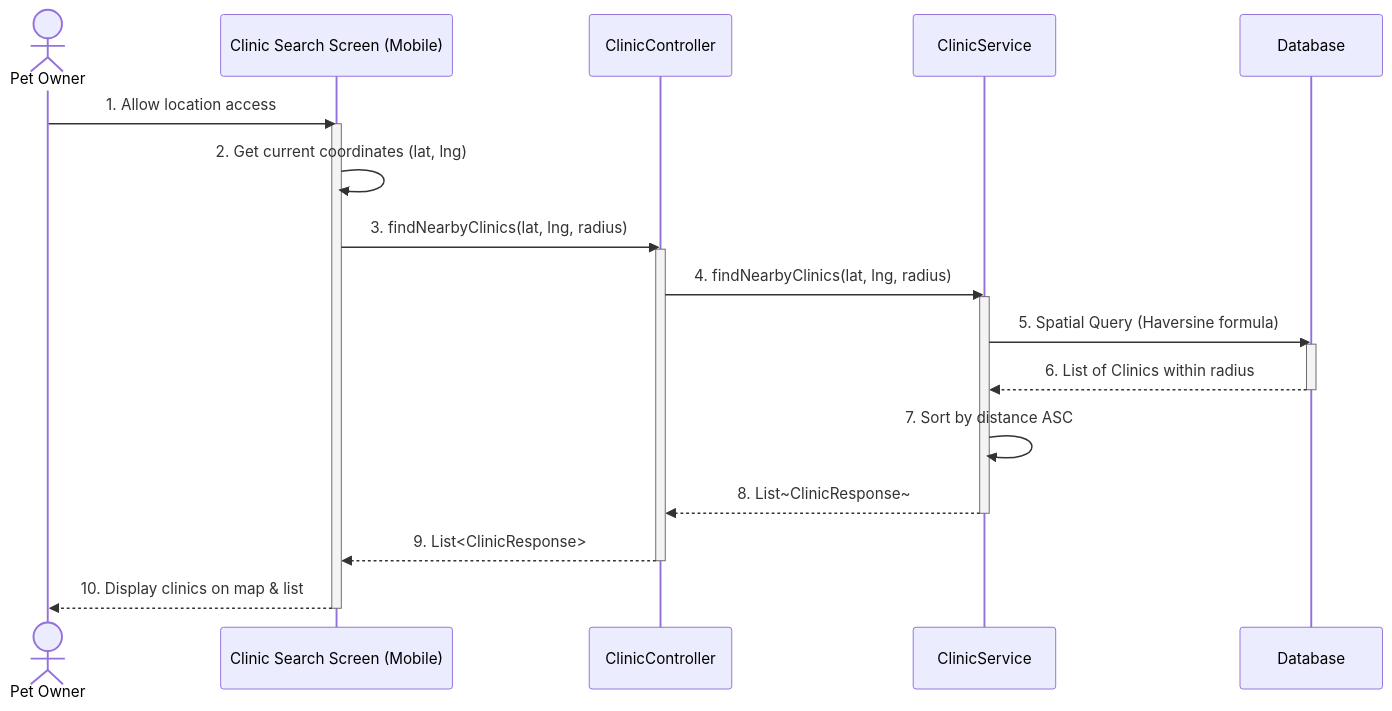
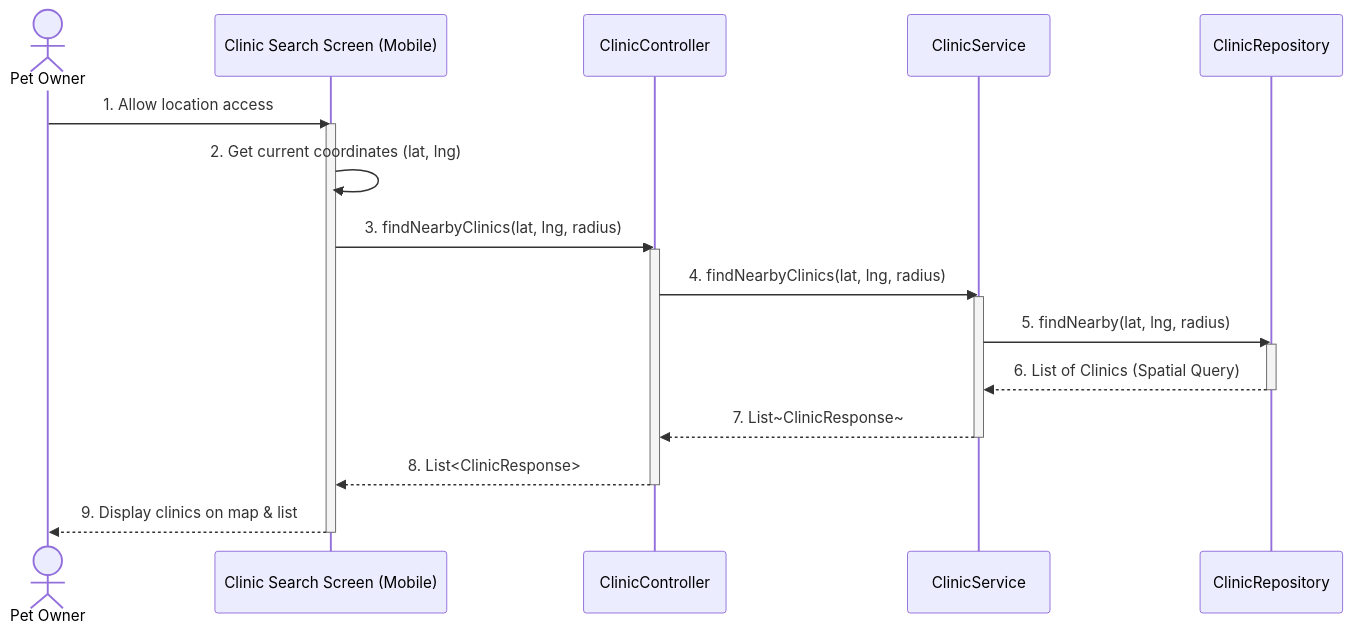
One commit to espresso23/Petties-Veterinary-Appointment-Booking-Platform changed diagram 23 of 40 in docs-references/documentation/SDD/REPORT_4_SDD_SYSTEM_DESIGN.md. Above: the diagram before and after it, drawn with Mermaid. The commit also changed other lines of this file and 132 other files, not shown here.

````diff
--- a/docs-references/documentation/SDD/REPORT_4_SDD_SYSTEM_DESIGN.md
+++ b/docs-references/documentation/SDD/REPORT_4_SDD_SYSTEM_DESIGN.md
@@ -1299,27 +1711,26 @@
 ```mermaid
 sequenceDiagram
     actor User as Pet Owner
     participant UI as Clinic Search Screen (Mobile)
     participant CC as ClinicController
     participant CS as ClinicService
-    participant DB as Database
+    participant CR as ClinicRepository
 
     User->>UI: 1. Allow location access
     activate UI
     UI->>UI: 2. Get current coordinates (lat, lng)
     UI->>CC: 3. findNearbyClinics(lat, lng, radius)
     activate CC
     CC->>CS: 4. findNearbyClinics(lat, lng, radius)
     activate CS
-    CS->>DB: 5. Spatial Query (Haversine formula)
-    activate DB
-    DB-->>CS: 6. List of Clinics within radius
-    deactivate DB
-    CS->>CS: 7. Sort by distance ASC
-    CS-->>CC: 8. List~ClinicResponse~
+    CS->>CR: 5. findNearby(lat, lng, radius)
+    activate CR
+    CR-->>CS: 6. List of Clinics (Spatial Query)
+    deactivate CR
+    CS-->>CC: 7. List~ClinicResponse~
     deactivate CS
-    CC-->>UI: 9. List<ClinicResponse>
+    CC-->>UI: 8. List<ClinicResponse>
     deactivate CC
-    UI-->>User: 10. Display clinics on map & list
+    UI-->>User: 9. Display clinics on map & list
     deactivate UI
 ```
````
